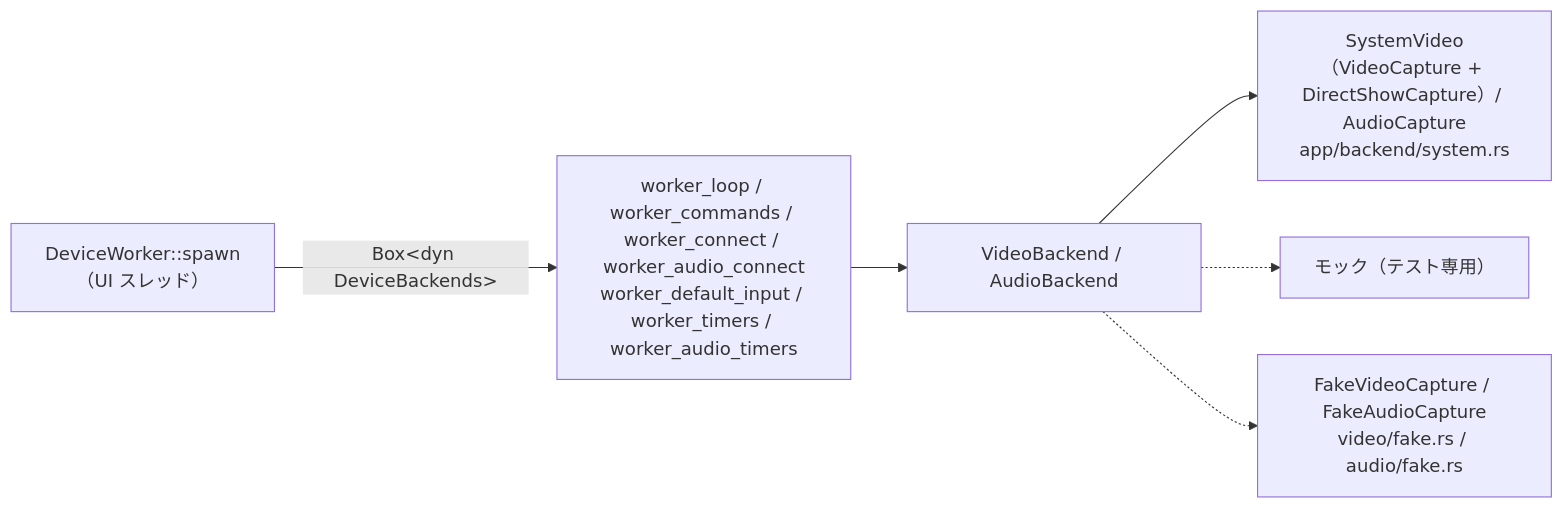
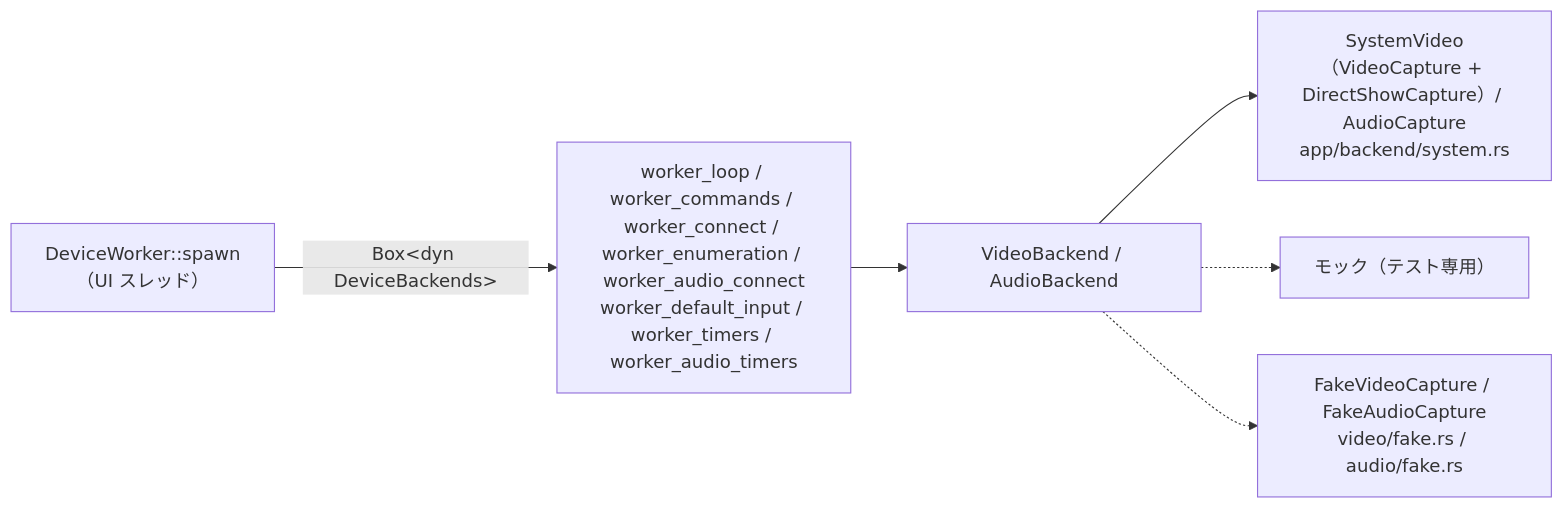
The second of 2 diagrams in docs/design/device-worker.md (Mui-MuiMui/Capturecard_Viewer), drawn with Mermaid before and after one commit. The commit also changed other lines of this file and 9 other files, not shown here.

First line of the commit message:
refactor: 列挙のログと「Windows 側にも見えていない」の適用を worker_enumeration.rs へ分ける

````diff
--- a/docs/design/device-worker.md
+++ b/docs/design/device-worker.md
@@ -61,15 +61,15 @@
 ```mermaid
 flowchart LR
     spawn["DeviceWorker::spawn<br/>（UI スレッド）"]
-    loop["worker_loop / worker_commands / worker_connect / worker_audio_connect<br/>worker_default_input / worker_timers / worker_audio_timers"]
+    loop["worker_loop / worker_commands / worker_connect / worker_enumeration / worker_audio_connect<br/>worker_default_input / worker_timers / worker_audio_timers"]
     trait["VideoBackend / AudioBackend"]
     real["SystemVideo（VideoCapture + DirectShowCapture）/ AudioCapture<br/>app/backend/system.rs"]
     mock["モック（テスト専用）"]
     fake["FakeVideoCapture / FakeAudioCapture<br/>video/fake.rs / audio/fake.rs"]
 
     spawn -->|Box&lt;dyn DeviceBackends&gt;| loop
     loop --> trait
     trait --> real
     trait -.-> mock
     trait -.-> fake
 ```
````
